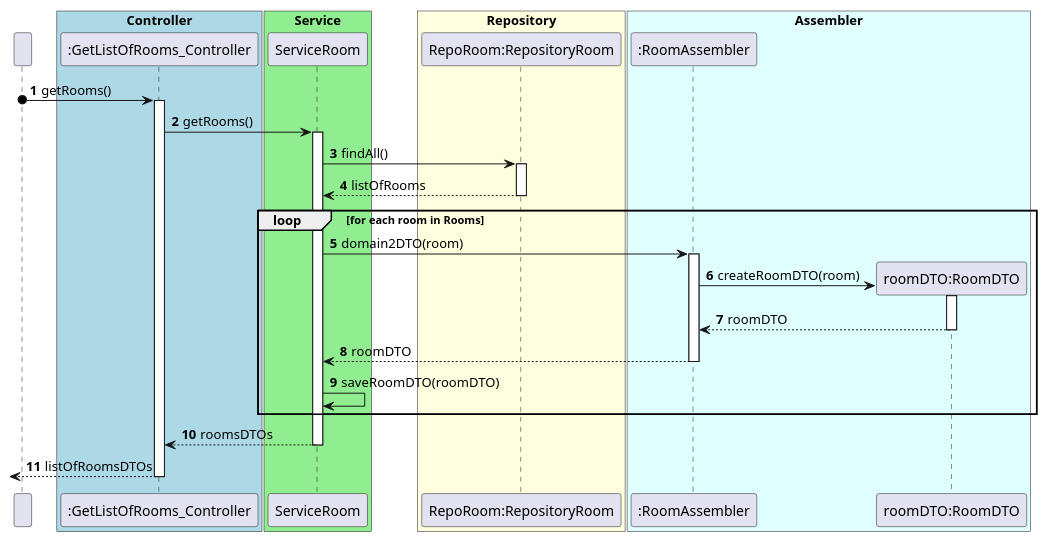
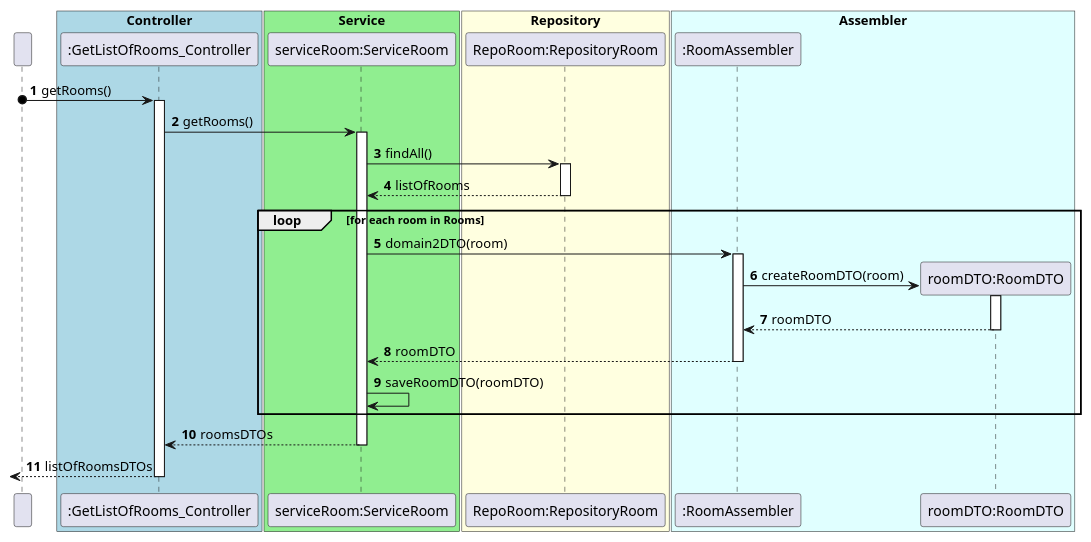
One commit to olivDiogo/SmartHome changed the diagram in docs/ood/sequenceDiagram/US03GetListOfRooms.puml. Above: the diagram before and after it, drawn with PlantUML.

Commit message:
#88 Namefixing: US03 Sequence Diagram

```diff
--- a/docs/ood/sequenceDiagram/US03GetListOfRooms.puml
+++ b/docs/ood/sequenceDiagram/US03GetListOfRooms.puml
@@ -1,69 +1,69 @@
 @startuml
 'https://plantuml.com/sequence-diagram
 !pragma layout smetana
 
 participant " " as User
 
 box "Controller" #LightBlue
 participant ":GetListOfRooms_Controller" as GetListOfRooms_Controller
 end box
 
 box "Service" #LightGreen
-participant "ServiceRoom" as Service
+participant "serviceRoom:ServiceRoom" as Service
 end box
 
 box "Repository" #LightYellow
 participant "RepoRoom:RepositoryRoom" as RepositoryRoom
 end box
 
 box "Assembler" #LightCyan
 
 participant ":RoomAssembler" as RoomAssembler
 
 participant "roomDTO:RoomDTO" as RoomDTO
 
 end box
 autonumber
 
 User o-> GetListOfRooms_Controller: getRooms()
 
 activate GetListOfRooms_Controller
 
 GetListOfRooms_Controller -> Service: getRooms()
 
 activate Service
 
 Service -> RepositoryRoom: findAll()
 
 activate RepositoryRoom
 
 RepositoryRoom --> Service: listOfRooms
 
 deactivate RepositoryRoom
 
 
 loop  for each room in Rooms
 
 Service -> RoomAssembler: domain2DTO(room)
 create RoomDTO
 activate RoomAssembler
 RoomAssembler -> RoomDTO: createRoomDTO(room)
 activate RoomDTO
 RoomDTO --> RoomAssembler: roomDTO
 deactivate RoomDTO
 RoomAssembler --> Service: roomDTO
 deactivate RoomAssembler
 Service -> Service: saveRoomDTO(roomDTO)
 
 end
 
 Service --> GetListOfRooms_Controller: roomsDTOs
 
 deactivate Service
 
 <-- GetListOfRooms_Controller :listOfRoomsDTOs
 
 deactivate GetListOfRooms_Controller
 
 
 @enduml
```
